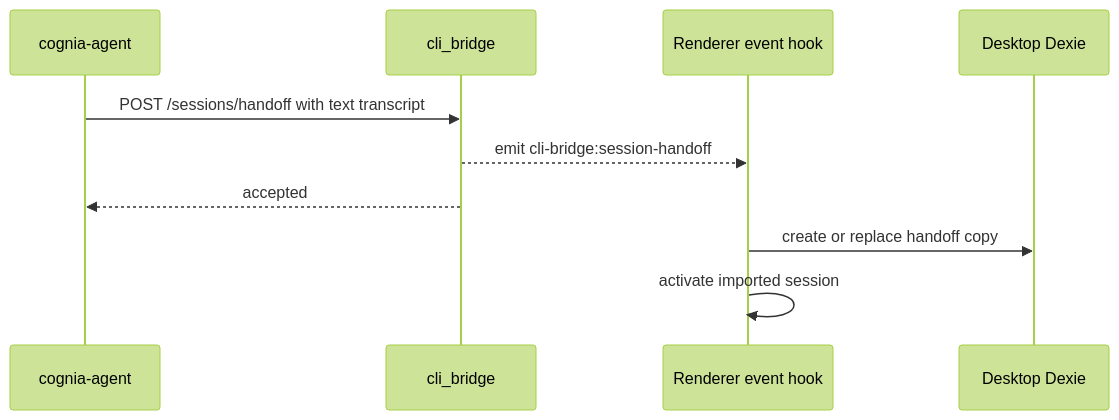
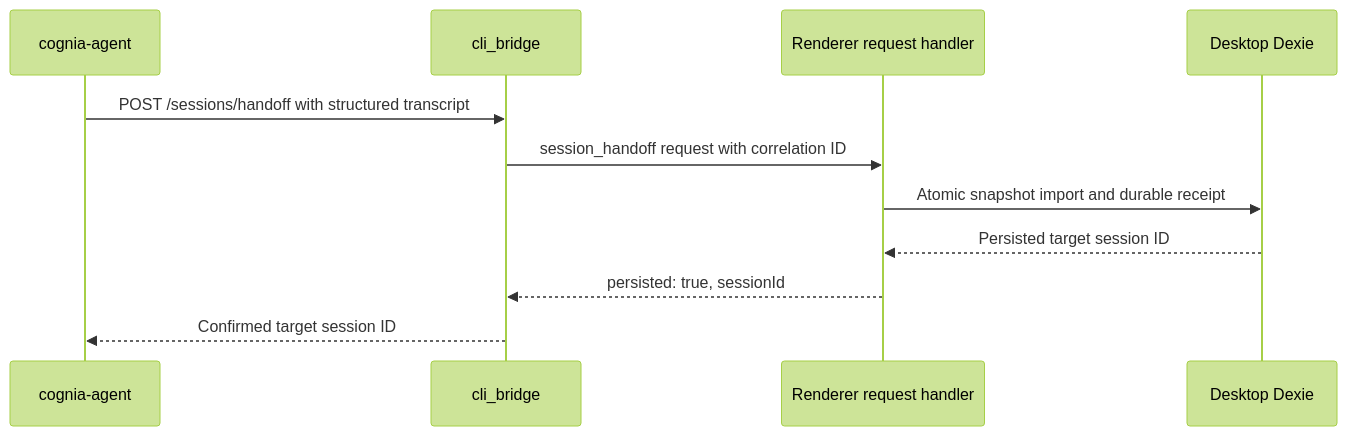
One commit to MaxQian888/cognia-next changed the diagram in docs/content/docs/en/subsystems/cli-app-bridge/sync-and-handoff.mdx. Above: the diagram before and after it, drawn with Mermaid (forest theme). The commit also changed other lines of this file and 37 other files, not shown here.

First line of the commit message:
feat(handoff): session import/export and CLI bridge updates

````diff
--- a/docs/content/docs/en/subsystems/cli-app-bridge/sync-and-handoff.mdx
+++ b/docs/content/docs/en/subsystems/cli-app-bridge/sync-and-handoff.mdx
@@ -40,13 +44,14 @@
 ```mermaid
 sequenceDiagram
   participant CLI as cognia-agent
   participant HTTP as cli_bridge
-  participant Hook as Renderer event hook
+  participant Renderer as Renderer request handler
   participant DB as Desktop Dexie
 
-  CLI->>HTTP: POST /sessions/handoff with text transcript
-  HTTP-->>Hook: emit cli-bridge:session-handoff
-  HTTP-->>CLI: accepted
-  Hook->>DB: create or replace handoff copy
-  Hook->>Hook: activate imported session
+  CLI->>HTTP: POST /sessions/handoff with structured transcript
+  HTTP->>Renderer: session_handoff request with correlation ID
+  Renderer->>DB: Atomic snapshot import and durable receipt
+  DB-->>Renderer: Persisted target session ID
+  Renderer-->>HTTP: persisted: true, sessionId
+  HTTP-->>CLI: Confirmed target session ID
 ```
````
